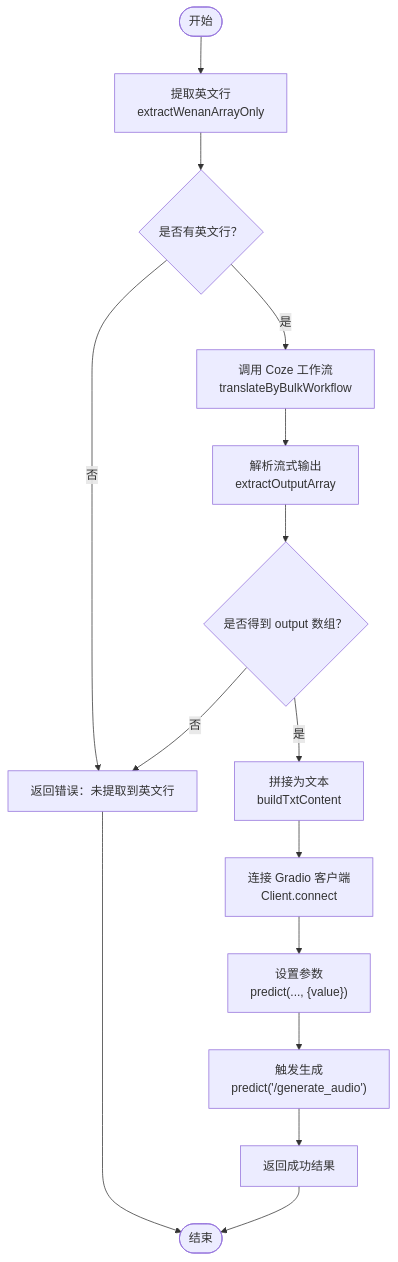
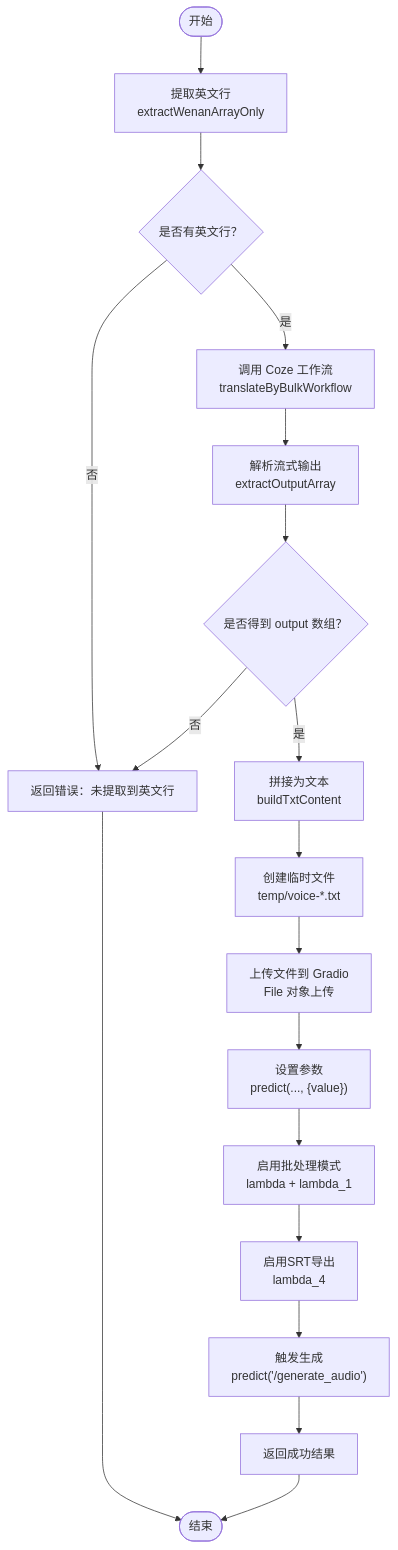
Before and after one commit to hanksd769-droid/sailshub: the third of 4 diagrams in .qoder/repowiki/zh/content/语音生成系统.md, drawn with Mermaid. The commit also changed other lines of this file and 3 other files, not shown here.

````diff
--- a/.qoder/repowiki/zh/content/语音生成系统.md
+++ b/.qoder/repowiki/zh/content/语音生成系统.md
@@ -191,17 +200,20 @@
 ```mermaid
 flowchart TD
 Start(["开始"]) --> Extract["提取英文行<br/>extractWenanArrayOnly"]
 Extract --> HasLines{"是否有英文行？"}
 HasLines -- 否 --> Err["返回错误：未提取到英文行"]
 HasLines -- 是 --> Translate["调用 Coze 工作流<br/>translateByBulkWorkflow"]
 Translate --> Parse["解析流式输出<br/>extractOutputArray"]
 Parse --> GotOutput{"是否得到 output 数组？"}
 GotOutput -- 否 --> Err
 GotOutput -- 是 --> BuildTxt["拼接为文本<br/>buildTxtContent"]
-BuildTxt --> Connect["连接 Gradio 客户端<br/>Client.connect"]
-Connect --> SetParams["设置参数<br/>predict(..., {value})"]
-SetParams --> Generate["触发生成<br/>predict('/generate_audio')"]
+BuildTxt --> CreateTemp["创建临时文件<br/>temp/voice-*.txt"]
+CreateTemp --> UploadFile["上传文件到 Gradio<br/>File 对象上传"]
+UploadFile --> SetParams["设置参数<br/>predict(..., {value})"]
+SetParams --> EnableBatch["启用批处理模式<br/>lambda + lambda_1"]
+EnableBatch --> EnableSRT["启用SRT导出<br/>lambda_4"]
+EnableSRT --> Generate["触发生成<br/>predict('/generate_audio')"]
 Generate --> Success["返回成功结果"]
 Success --> Done(["结束"])
 Err --> Done
 ```
````
